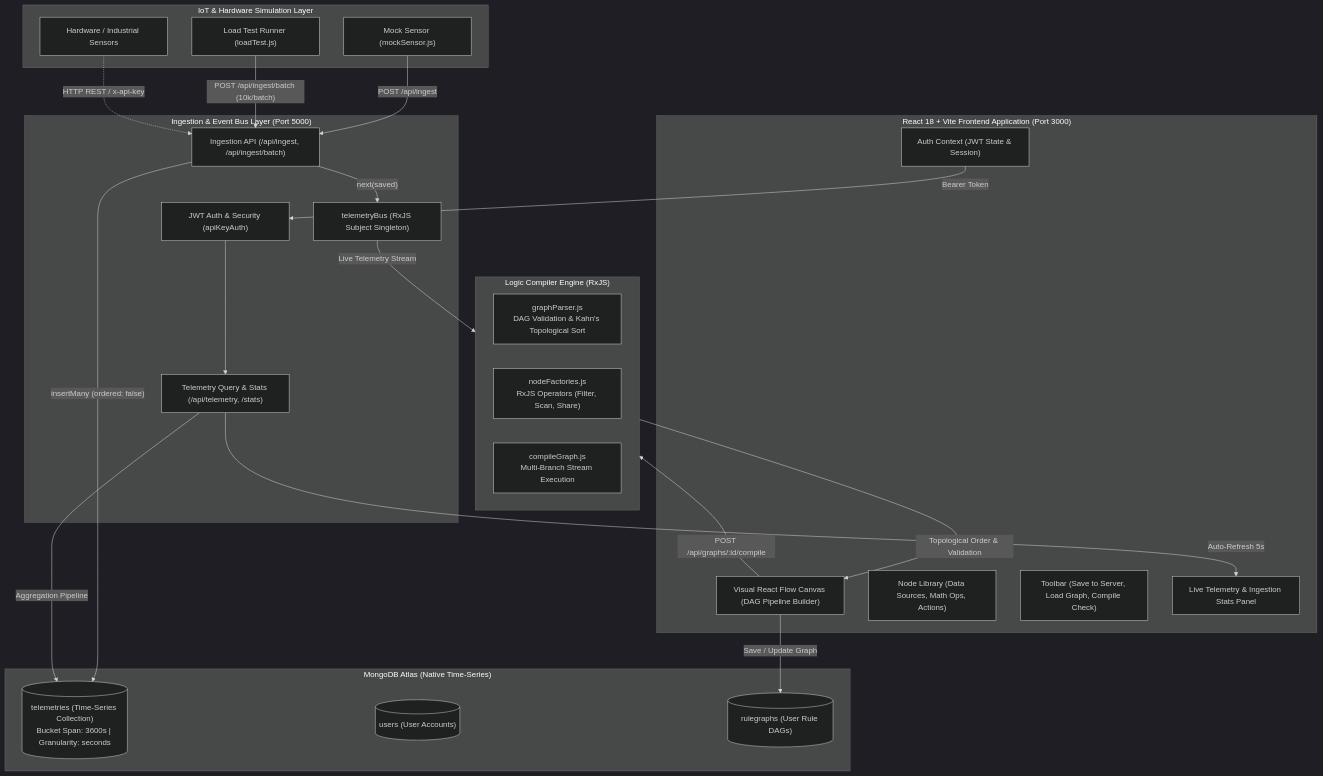
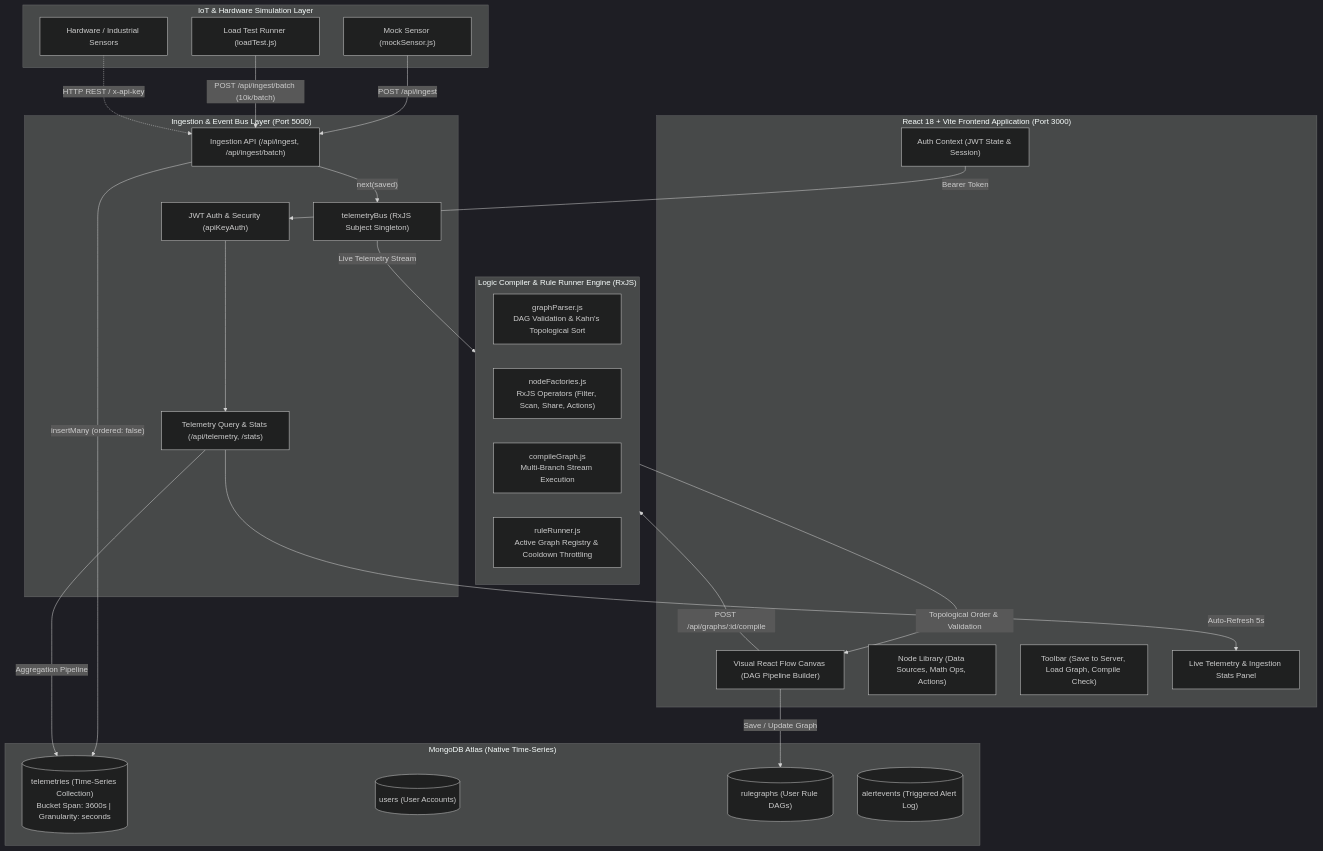
Before and after one commit to nandini05-git/NexusFlow-Visual-IoT-Telemetry-Rule-Engine: the diagram in README.md, drawn with Mermaid (dark theme). The commit also changed other lines of this file and 26 other files, not shown here.

Commit message:
feat(week2): add rule runner with activation, alert log, serialization tests and ingestion audit

````diff
--- a/README.md
+++ b/README.md
@@ -11,51 +11,53 @@
 ```mermaid
 flowchart TD
   subgraph IoT_Layer ["IoT & Hardware Simulation Layer"]
     MockSensor["Mock Sensor (mockSensor.js)"]
     LoadTester["Load Test Runner (loadTest.js)"]
     Hardware["Hardware / Industrial Sensors"]
   end
 
   subgraph Ingestion_Layer ["Ingestion & Event Bus Layer (Port 5000)"]
     IngestAPI["Ingestion API (/api/ingest, /api/ingest/batch)"]
     AuthMW["JWT Auth & Security (apiKeyAuth)"]
     TelemetryBus["telemetryBus (RxJS Subject Singleton)"]
     QueryAPI["Telemetry Query & Stats (/api/telemetry, /stats)"]
   end
 
   subgraph Database_Layer ["MongoDB Atlas (Native Time-Series)"]
     TSColl[("telemetries (Time-Series Collection)\nBucket Span: 3600s | Granularity: seconds")]
     UserColl[("users (User Accounts)")]
     GraphColl[("rulegraphs (User Rule DAGs)")]
+    AlertColl[("alertevents (Triggered Alert Log)")]
   end
 
-  subgraph Compiler_Layer ["Logic Compiler Engine (RxJS)"]
+  subgraph Compiler_Layer ["Logic Compiler & Rule Runner Engine (RxJS)"]
     GraphParser["graphParser.js\nDAG Validation & Kahn's Topological Sort"]
-    NodeFactories["nodeFactories.js\nRxJS Operators (Filter, Scan, Share)"]
+    NodeFactories["nodeFactories.js\nRxJS Operators (Filter, Scan, Share, Actions)"]
     PipelineAssembler["compileGraph.js\nMulti-Branch Stream Execution"]
+    RuleRunner["ruleRunner.js\nActive Graph Registry & Cooldown Throttling"]
   end
 
   subgraph Frontend_Layer ["React 18 + Vite Frontend Application (Port 3000)"]
     Canvas["Visual React Flow Canvas (DAG Pipeline Builder)"]
     NodePalette["Node Library (Data Sources, Math Ops, Actions)"]
     PersistenceUI["Toolbar (Save to Server, Load Graph, Compile Check)"]
     AuthContext["Auth Context (JWT State & Session)"]
     TelemetryPanel["Live Telemetry & Ingestion Stats Panel"]
   end
 
   MockSensor -->|"POST /api/ingest"| IngestAPI
   LoadTester -->|"POST /api/ingest/batch (10k/batch)"| IngestAPI
   Hardware -.->|"HTTP REST / x-api-key"| IngestAPI
 
   IngestAPI -->|"insertMany (ordered: false)"| TSColl
   IngestAPI -->|"next(saved)"| TelemetryBus
   TelemetryBus -->|"Live Telemetry Stream"| Compiler_Layer
 
   Canvas -->|"Save / Update Graph"| GraphColl
   Canvas -->|"POST /api/graphs/:id/compile"| Compiler_Layer
   Compiler_Layer -->|"Topological Order & Validation"| Canvas
   AuthContext -->|"Bearer Token"| AuthMW
   AuthMW --> QueryAPI
   QueryAPI -->|"Aggregation Pipeline"| TSColl
   QueryAPI -->|"Auto-Refresh 5s"| TelemetryPanel
 ```
````
